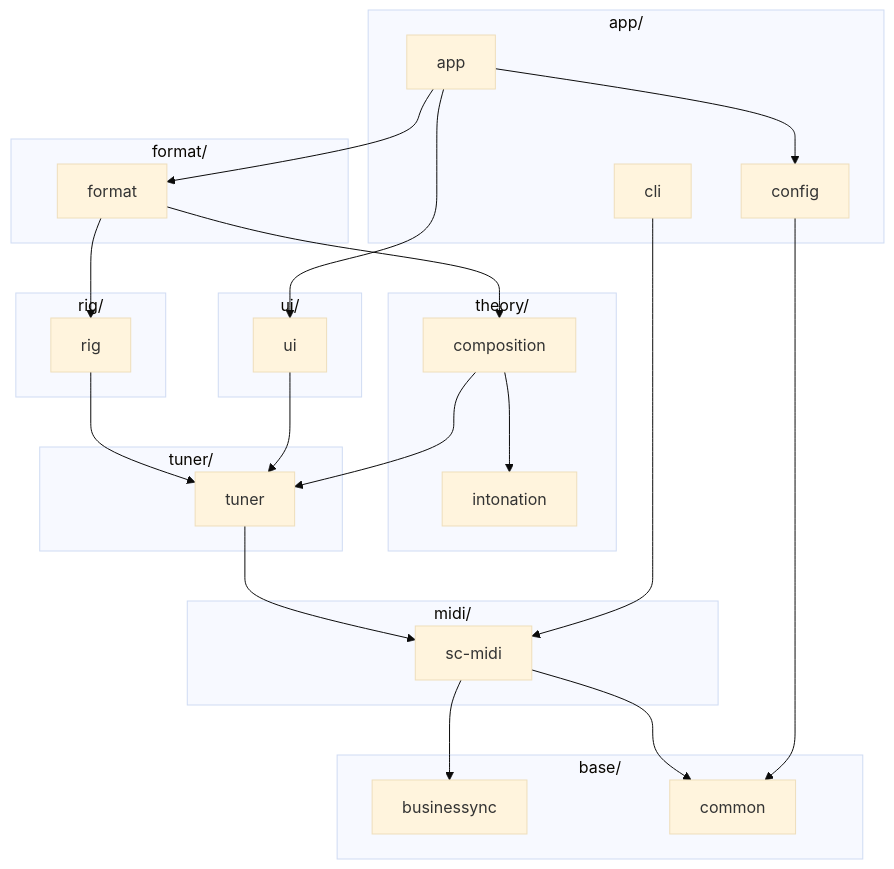
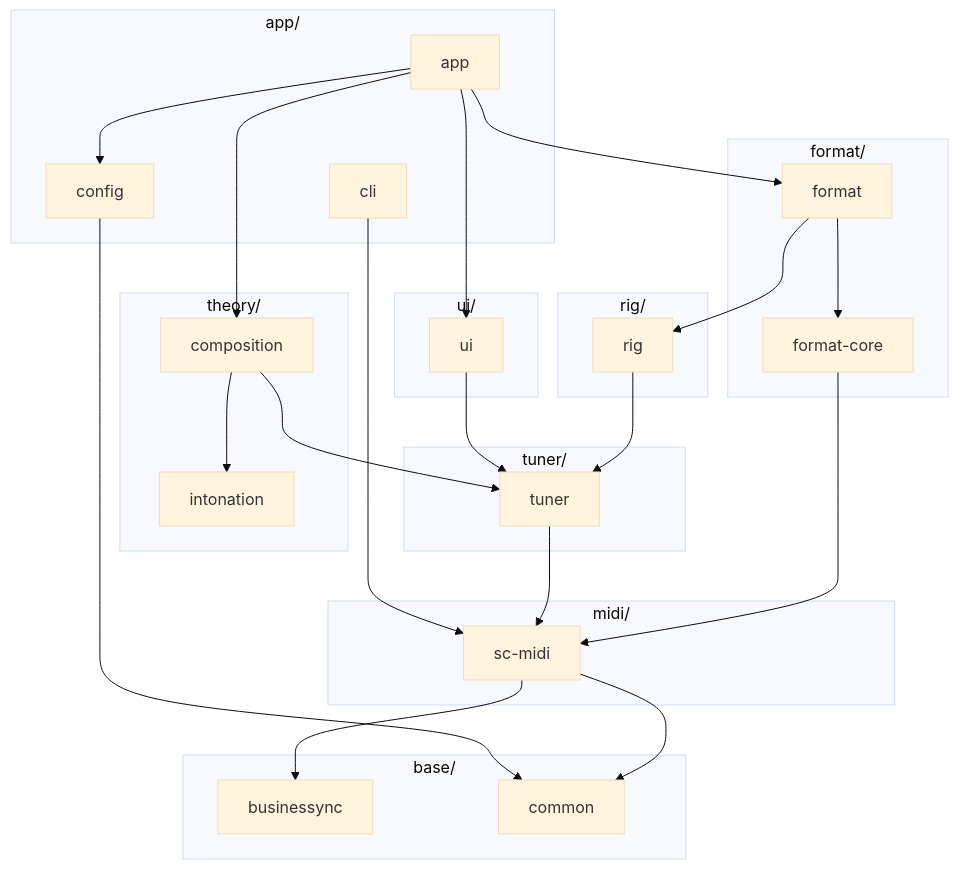
One commit to calinburloiu/microtonalist changed the diagram in docs/architecture/module-overview.md. Above: the diagram before and after it, drawn with Mermaid (base theme). The commit also changed other lines of this file and 14 other files, not shown here.

````diff
--- a/docs/architecture/module-overview.md
+++ b/docs/architecture/module-overview.md
@@ -41,40 +47,42 @@
 ```mermaid
 flowchart TD
   subgraph appGroup ["app/"]
     app
     config
     cli
   end
   subgraph uiGroup ["ui/"]
     ui
   end
   subgraph formatGroup ["format/"]
     format
+    formatCore["format-core"]
   end
   subgraph rigGroup ["rig/"]
     rig
   end
   subgraph theoryGroup ["theory/"]
     composition
     intonation
   end
   subgraph tunerGroup ["tuner/"]
     tuner
   end
   subgraph midiGroup ["midi/"]
     scMidi["sc-midi"]
   end
   subgraph baseGroup ["base/"]
     businessync
     common
   end
-  app --> config & ui & format
-  format --> composition & rig
+  app --> config & ui & format & composition
+  format --> formatCore & rig
+  formatCore --> scMidi
   composition --> intonation & tuner
   rig --> tuner
   ui --> tuner
   tuner --> scMidi
   cli --> scMidi
   scMidi --> businessync & common
   config --> common
 ```
````
